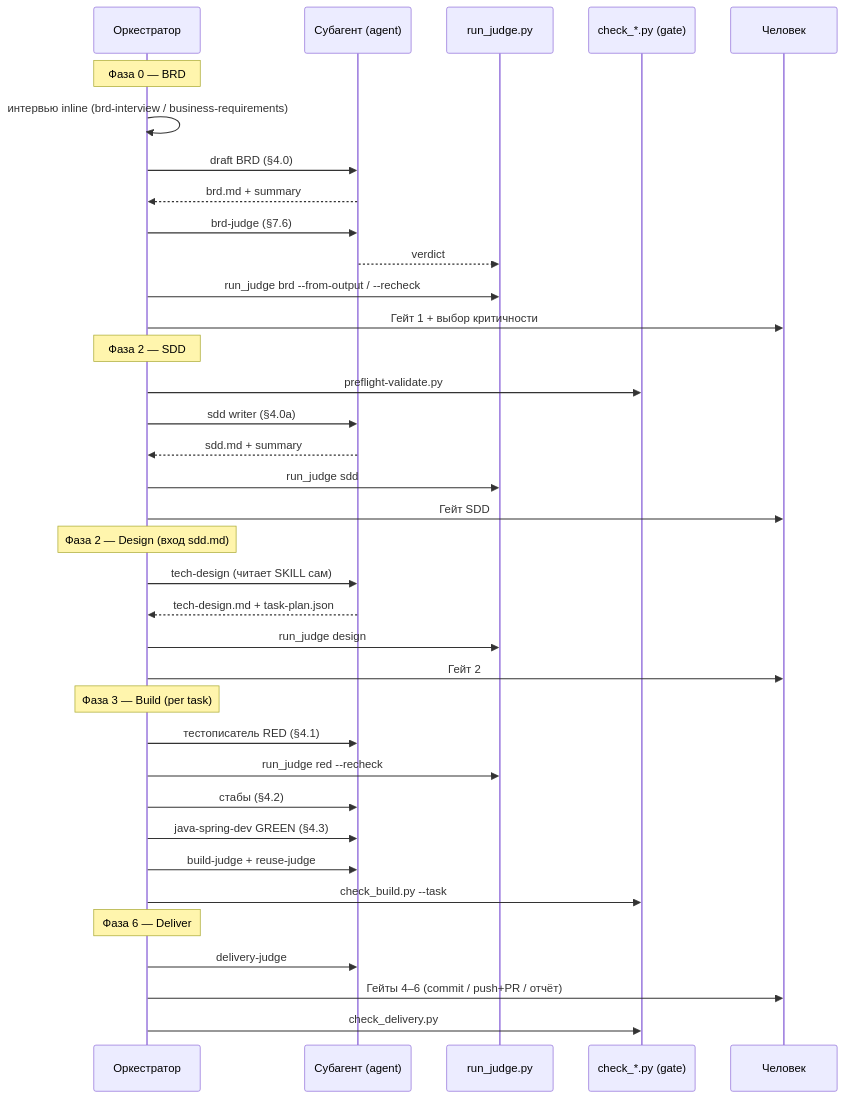
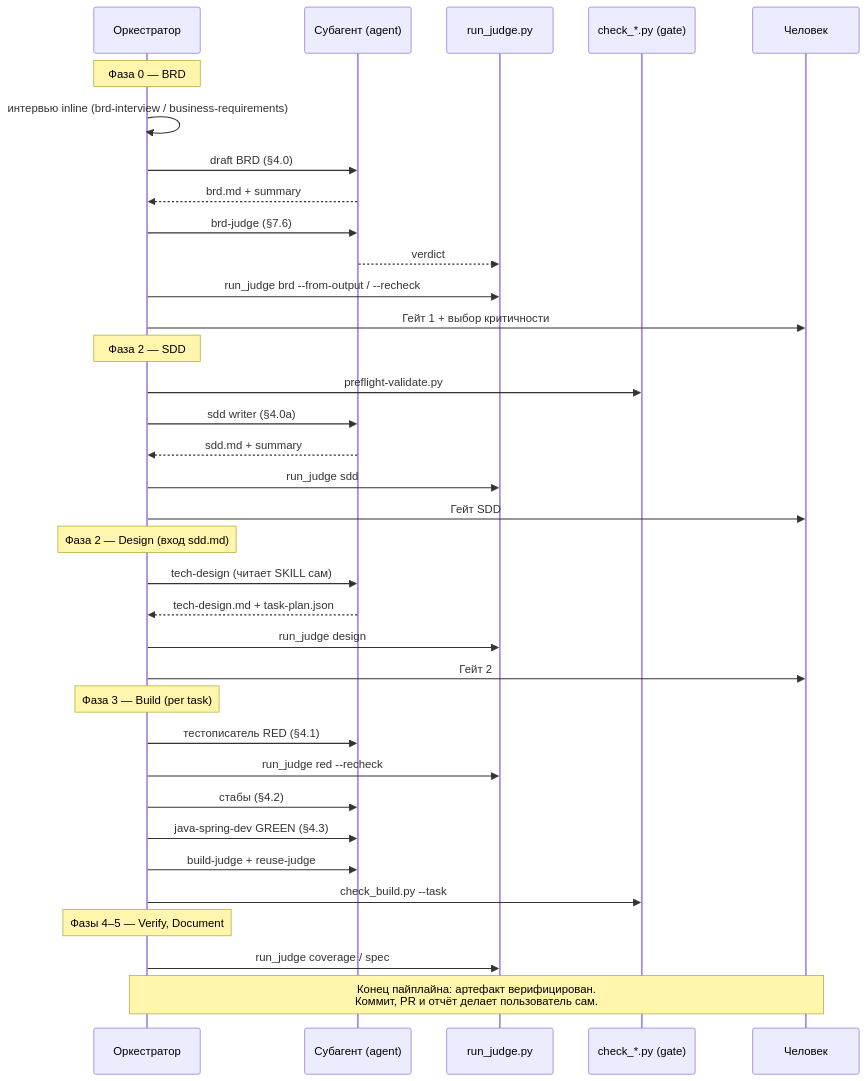
Before and after one commit to i-gabdrahmanov/skills: the second of 3 diagrams in forge/docs/pipeline-technical.md, drawn with Mermaid. The commit also changed other lines of this file and 11 other files, not shown here.

````diff
--- a/forge/docs/pipeline-technical.md
+++ b/forge/docs/pipeline-technical.md
@@ -113,39 +114,38 @@
 ```mermaid
 sequenceDiagram
     participant O as Оркестратор
     participant A as Субагент (agent)
     participant J as run_judge.py
     participant G as check_*.py (gate)
     participant U as Человек
 
     Note over O: Фаза 0 — BRD
     O->>O: интервью inline (brd-interview / business-requirements)
     O->>A: draft BRD (§4.0)
     A-->>O: brd.md + summary
     O->>A: brd-judge (§7.6)
     A-->>J: verdict
     O->>J: run_judge brd --from-output / --recheck
     O->>U: Гейт 1 + выбор критичности
     Note over O: Фаза 2 — SDD
     O->>G: preflight-validate.py
     O->>A: sdd writer (§4.0a)
     A-->>O: sdd.md + summary
     O->>J: run_judge sdd
     O->>U: Гейт SDD
     Note over O: Фаза 2 — Design (вход sdd.md)
     O->>A: tech-design (читает SKILL сам)
     A-->>O: tech-design.md + task-plan.json
     O->>J: run_judge design
     O->>U: Гейт 2
     Note over O: Фаза 3 — Build (per task)
     O->>A: тестописатель RED (§4.1)
     O->>J: run_judge red --recheck
     O->>A: стабы (§4.2)
     O->>A: java-spring-dev GREEN (§4.3)
     O->>A: build-judge + reuse-judge
     O->>G: check_build.py --task
-    Note over O: Фаза 6 — Deliver
-    O->>A: delivery-judge
-    O->>U: Гейты 4–6 (commit / push+PR / отчёт)
-    O->>G: check_delivery.py
+    Note over O: Фазы 4–5 — Verify, Document
+    O->>J: run_judge coverage / spec
+    Note over O,U: Конец пайплайна: артефакт верифицирован.<br/>Коммит, PR и отчёт делает пользователь сам.
 ```
````
